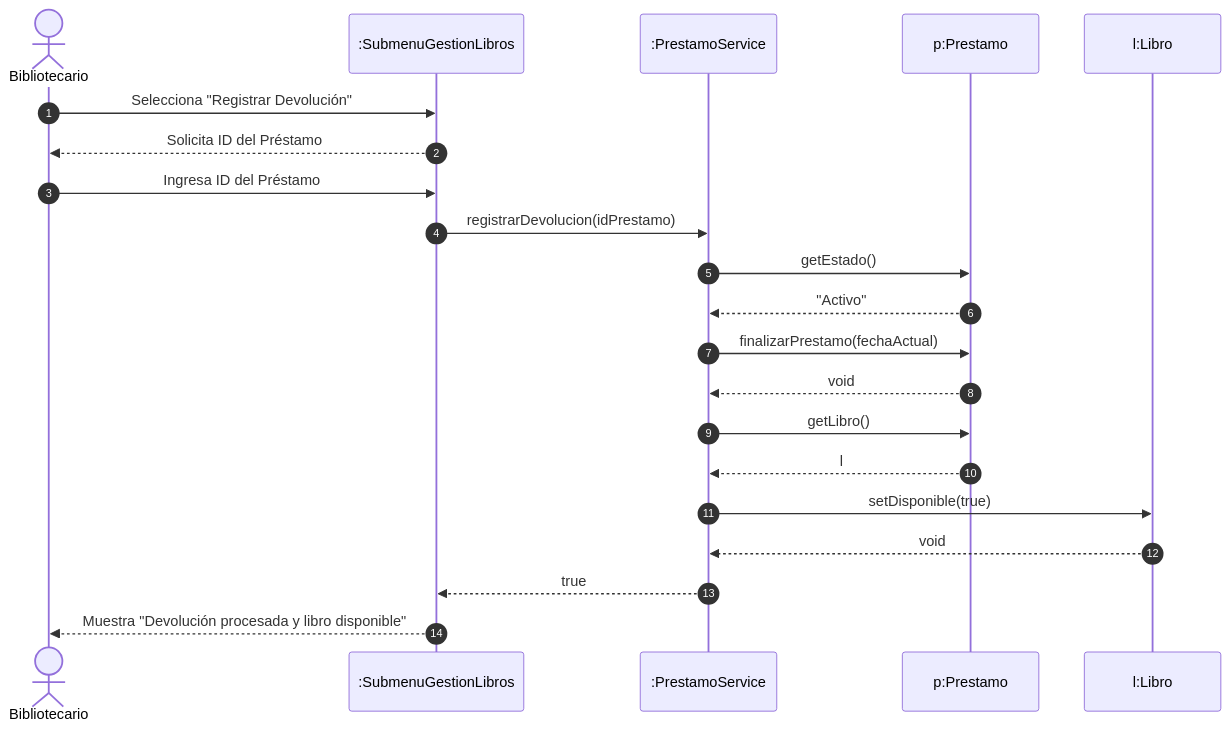
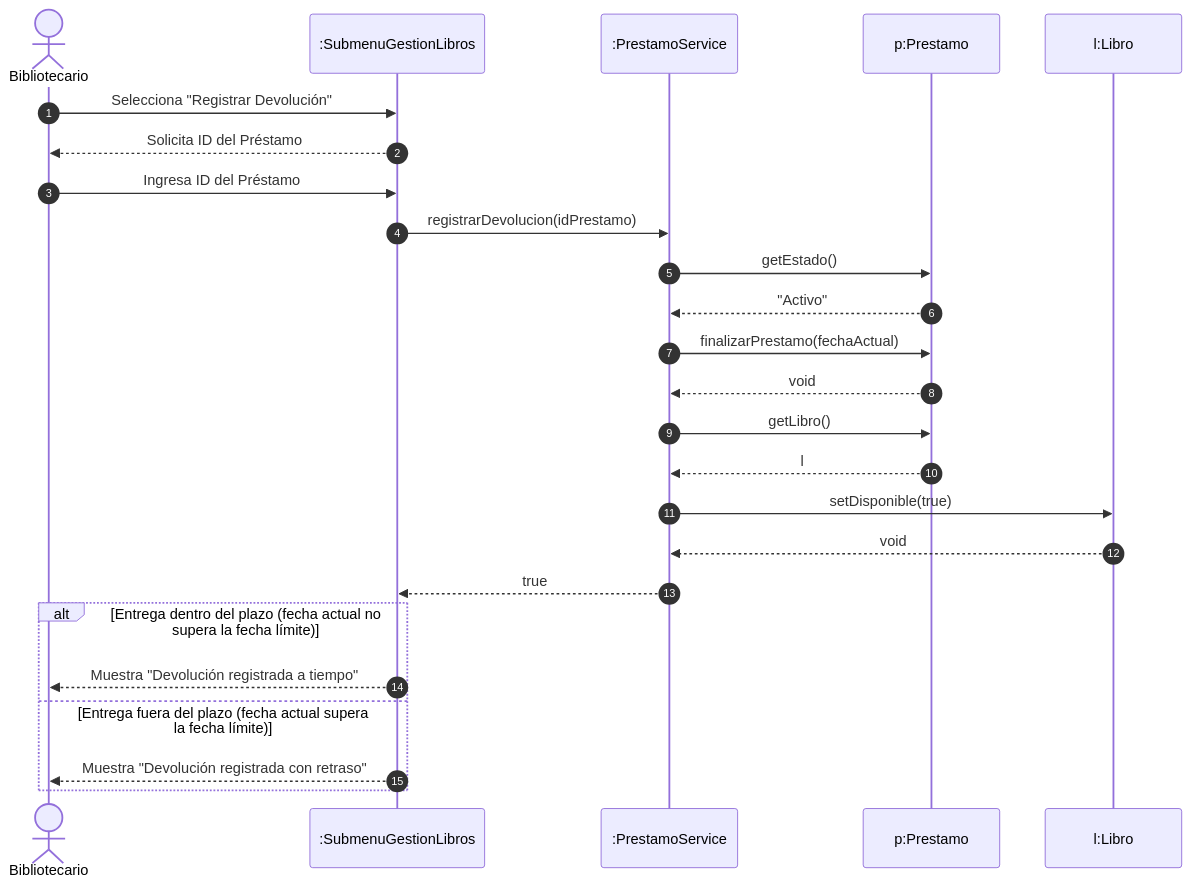
One commit to JuacHomeroC12/Gestion-de-biblioteca-virtual- changed the fourth of 8 diagrams in docs/fase3_diseno_uml.md. Above: the diagram before and after it, drawn with Mermaid. The commit also changed other lines of this file, not shown here.

First line of the commit message:
docs(fase3): modelar baja logica del libro en clases y secuencias

````diff
--- a/docs/fase3_diseno_uml.md
+++ b/docs/fase3_diseno_uml.md
@@ -300,29 +303,33 @@
 ```mermaid
 sequenceDiagram
     autonumber
     actor B as Bibliotecario
     participant V as :SubmenuGestionLibros
     participant S as :PrestamoService
     participant P as p:Prestamo
     participant L as l:Libro
 
     B ->> V: Selecciona "Registrar Devolución"
     V -->> B: Solicita ID del Préstamo
     B ->> V: Ingresa ID del Préstamo
     V ->> S: registrarDevolucion(idPrestamo)
     
     S ->> P: getEstado()
     P -->> S: "Activo"
     
     S ->> P: finalizarPrestamo(fechaActual)
     P -->> S: void
     
     S ->> P: getLibro()
     P -->> S: l
     
     S ->> L: setDisponible(true)
     L -->> S: void
     
     S -->> V: true
-    V -->> B: Muestra "Devolución procesada y libro disponible"
+    alt Entrega dentro del plazo (fecha actual no supera la fecha límite)
+        V -->> B: Muestra "Devolución registrada a tiempo"
+    else Entrega fuera del plazo (fecha actual supera la fecha límite)
+        V -->> B: Muestra "Devolución registrada con retraso"
+    end
 ```
````
